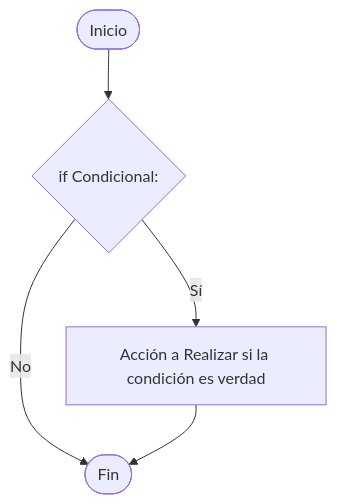
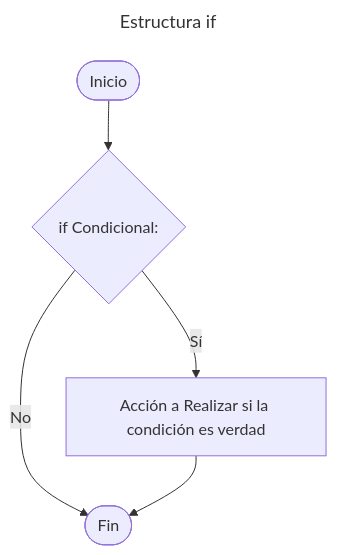
The first of 5 diagrams in 01-Fundamentos/05-Estructuras_de_Control/01_Condicionales.md (EnriqueChavezM/python-labs-and-tutorials), drawn with Mermaid before and after one commit. The commit also changed other lines of this file, not shown here.

Commit message:
fix(docs): add titles to flowcharts for conditional structures and loops in documentation

````diff
--- a/01-Fundamentos/05-Estructuras_de_Control/01_Condicionales.md
+++ b/01-Fundamentos/05-Estructuras_de_Control/01_Condicionales.md
@@ -40,7 +40,10 @@
 ```mermaid
+---
+title: Estructura if
+---
 graph TD
     A([Inicio]) --> B{if Condicional:}
     B -- Sí --> C[Acción a Realizar si la condición es verdad]
     B -- No --> D([Fin])
     C --> D
 ```
````
